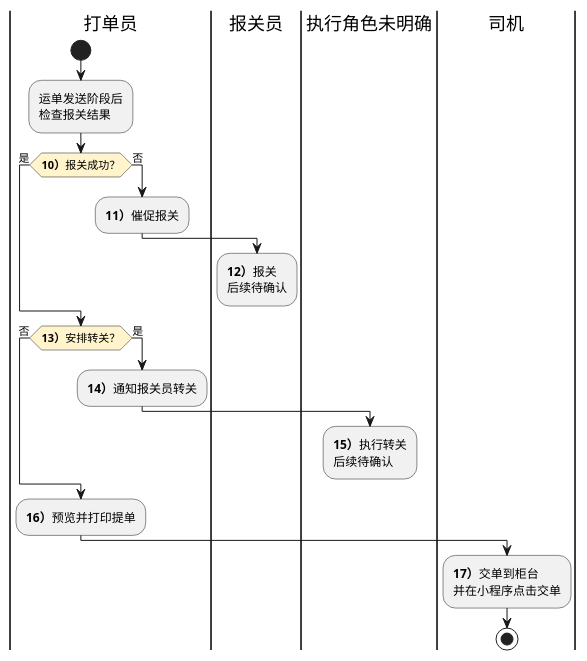
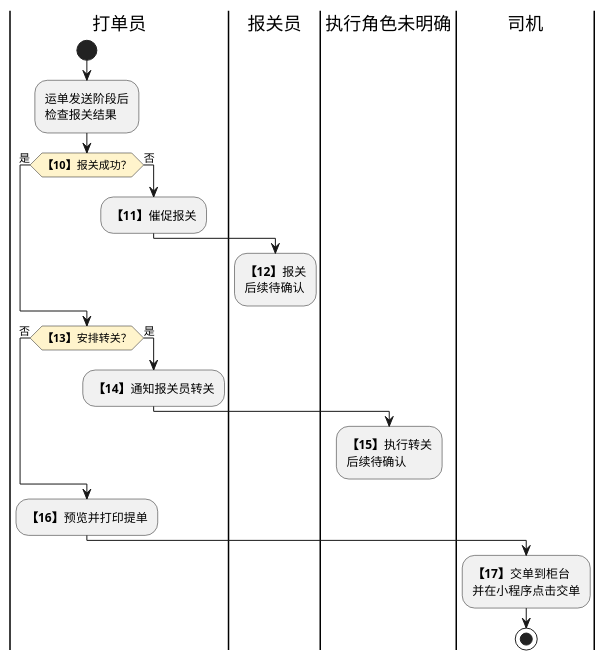
Before and after one commit to jack888332/projects-doc: the second of 4 diagrams in product-caliber/goldjet/segmented-prd/PRD.高捷物流系统一期.第011篇.空运提单与航司推送.ED54E43A14.md, drawn with PlantUML. The commit also changed other lines of this file and 12 other files, not shown here.

Commit message:
完善DSL图

````diff
--- a/product-caliber/goldjet/segmented-prd/PRD.高捷物流系统一期.第011篇.空运提单与航司推送.ED54E43A14.md
+++ b/product-caliber/goldjet/segmented-prd/PRD.高捷物流系统一期.第011篇.空运提单与航司推送.ED54E43A14.md
@@ -83,34 +83,34 @@
 ```plantuml
 @startuml goldjet-011-customs-document-handoff
 skinparam activityDiamondBackgroundColor #FFF4CC
 |打单员|
 |报关员|
 |执行角色未明确|
 |司机|
 |打单员|
 start
 :运单发送阶段后\n检查报关结果;
-if (**10）**报关成功？) then (是)
+if (**【10】**报关成功？) then (是)
   label spacer1
 else (否)
-  :**11）**催促报关;
+  :**【11】**催促报关;
   |报关员|
-  :**12）**报关\n后续待确认;
+  :**【12】**报关\n后续待确认;
   detach
 endif
 |打单员|
-if (**13）**安排转关？) then (否)
+if (**【13】**安排转关？) then (否)
   label spacer2
 else (是)
-  :**14）**通知报关员转关;
+  :**【14】**通知报关员转关;
   |执行角色未明确|
-  :**15）**执行转关\n后续待确认;
+  :**【15】**执行转关\n后续待确认;
   detach
 endif
 |打单员|
-:**16）**预览并打印提单;
+:**【16】**预览并打印提单;
 |司机|
-:**17）**交单到柜台\n并在小程序点击交单;
+:**【17】**交单到柜台\n并在小程序点击交单;
 stop
 @enduml
 ```
````
